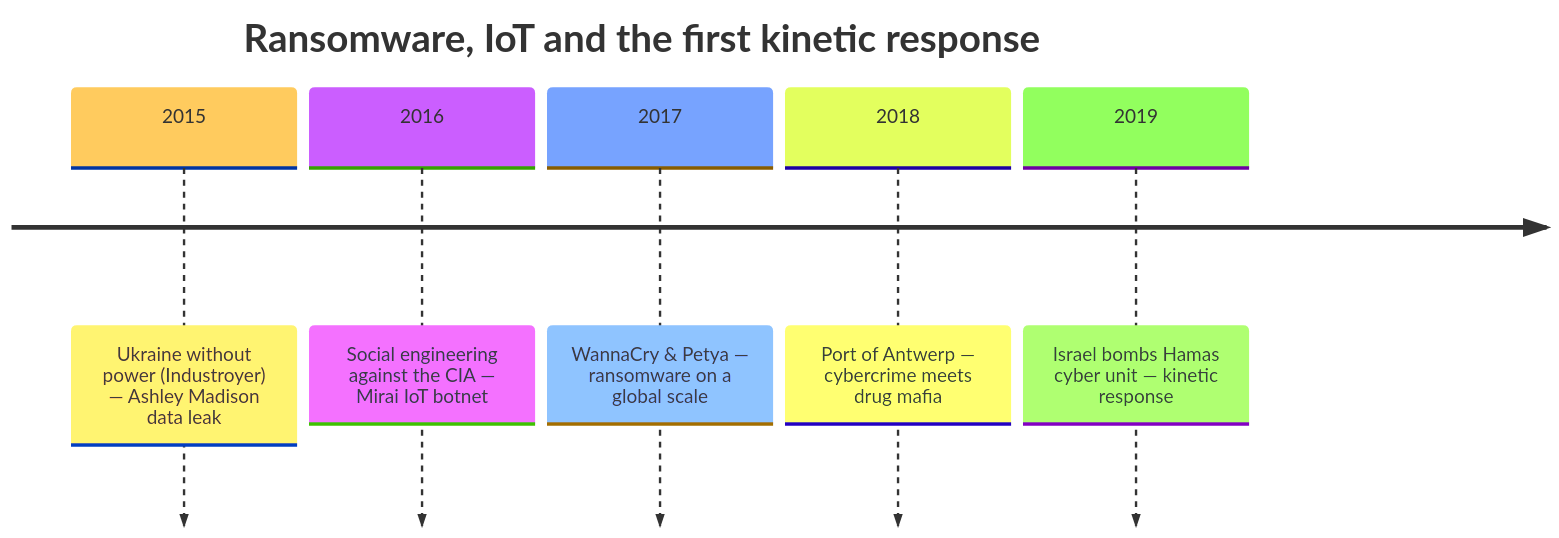
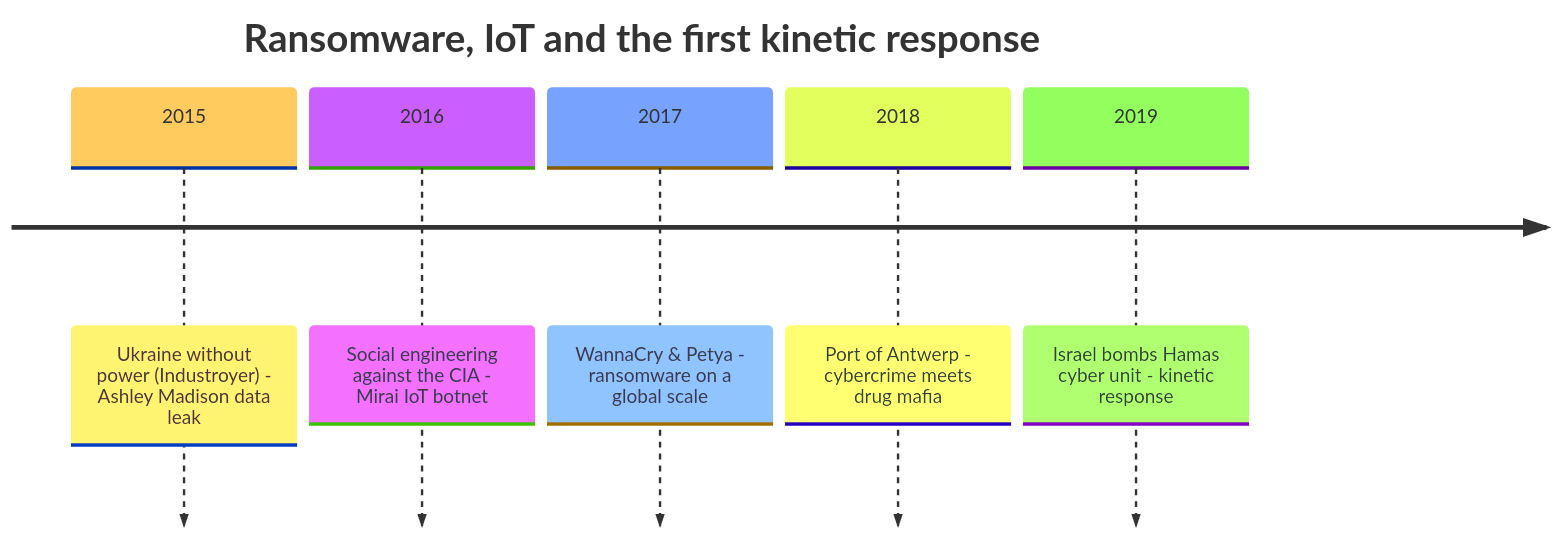
The second of 6 diagrams in cyberboswachters/slides/en/wordtheterger.qmd (timdams/cyberboswachters_boek), drawn with Mermaid before and after one commit. The commit also changed other lines of this file and 20 other files, not shown here.

````diff
--- a/cyberboswachters/slides/en/wordtheterger.qmd
+++ b/cyberboswachters/slides/en/wordtheterger.qmd
@@ -55,10 +55,10 @@
 ```{mermaid}
 %%{init: {"theme": "base", "timeline": {"useMaxWidth": true}} }%%
 timeline
     title Ransomware, IoT and the first kinetic response
-    2015 : Ukraine without power (Industroyer) — Ashley Madison data leak
-    2016 : Social engineering against the CIA — Mirai IoT botnet
-    2017 : WannaCry & Petya — ransomware on a global scale
-    2018 : Port of Antwerp — cybercrime meets drug mafia
-    2019 : Israel bombs Hamas cyber unit — kinetic response
+    2015 : Ukraine without power (Industroyer) - Ashley Madison data leak
+    2016 : Social engineering against the CIA - Mirai IoT botnet
+    2017 : WannaCry & Petya - ransomware on a global scale
+    2018 : Port of Antwerp - cybercrime meets drug mafia
+    2019 : Israel bombs Hamas cyber unit - kinetic response
 ```
````
